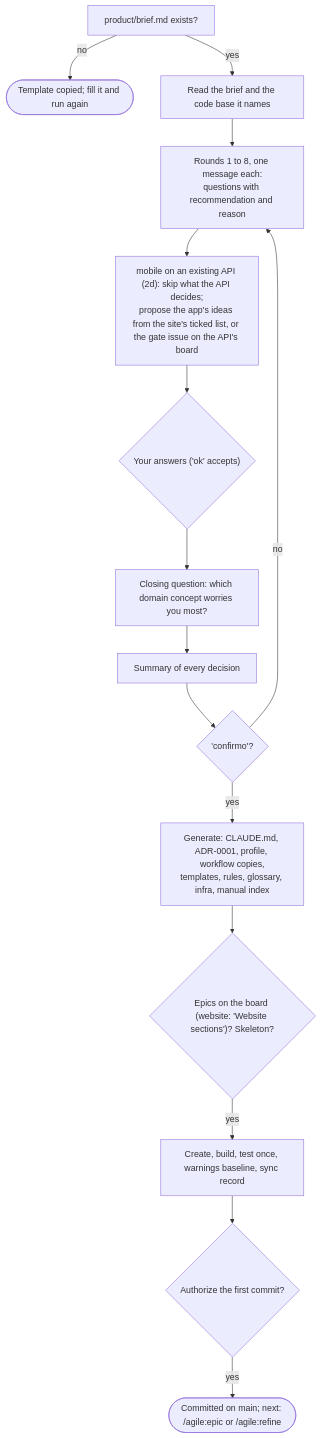
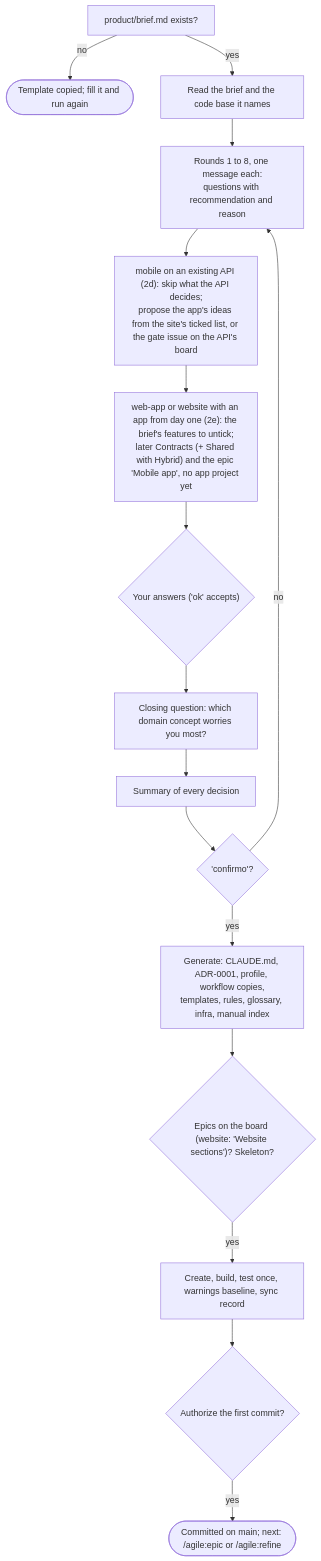
The third of 20 diagrams in docs/agile/workflow.md (alexcanario/simulab), drawn with Mermaid before and after one commit. The commit also changed other lines of this file and 11 other files, not shown here.

````diff
--- a/docs/agile/workflow.md
+++ b/docs/agile/workflow.md
@@ -2016,17 +2227,18 @@
 ```mermaid
 flowchart TD
     A["product/brief.md exists?"] -->|no| A1(["Template copied; fill it and run again"])
     A -->|yes| B["Read the brief and the code base it names"]
     B --> C["Rounds 1 to 8, one message each:<br/>questions with recommendation and reason"]
     C --> C1["mobile on an existing API (2d): skip what the API decides;<br/>propose the app's ideas from the site's ticked list, or the gate issue on the API's board"]
-    C1 --> D{"Your answers ('ok' accepts)"}
+    C1 --> C2["web-app or website with an app from day one (2e): the brief's features to untick;<br/>later Contracts (+ Shared with Hybrid) and the epic 'Mobile app', no app project yet"]
+    C2 --> D{"Your answers ('ok' accepts)"}
     D --> E["Closing question: which domain concept worries you most?"]
     E --> F["Summary of every decision"]
     F --> G{"'confirmo'?"}
     G -->|no| C
     G -->|yes| H["Generate: CLAUDE.md, ADR-0001, profile, workflow copies,<br/>templates, rules, glossary, infra, manual index"]
     H --> I{"Epics on the board (website: 'Website sections')? Skeleton?"}
     I -->|yes| J["Create, build, test once, warnings baseline, sync record"]
     J --> K{"Authorize the first commit?"}
     K -->|yes| L(["Committed on main; next: /agile:epic or /agile:refine"])
 ```
````
